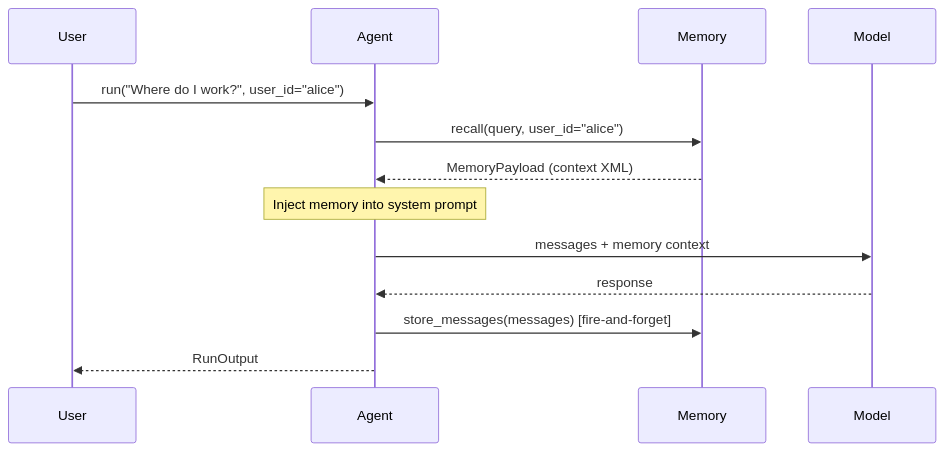
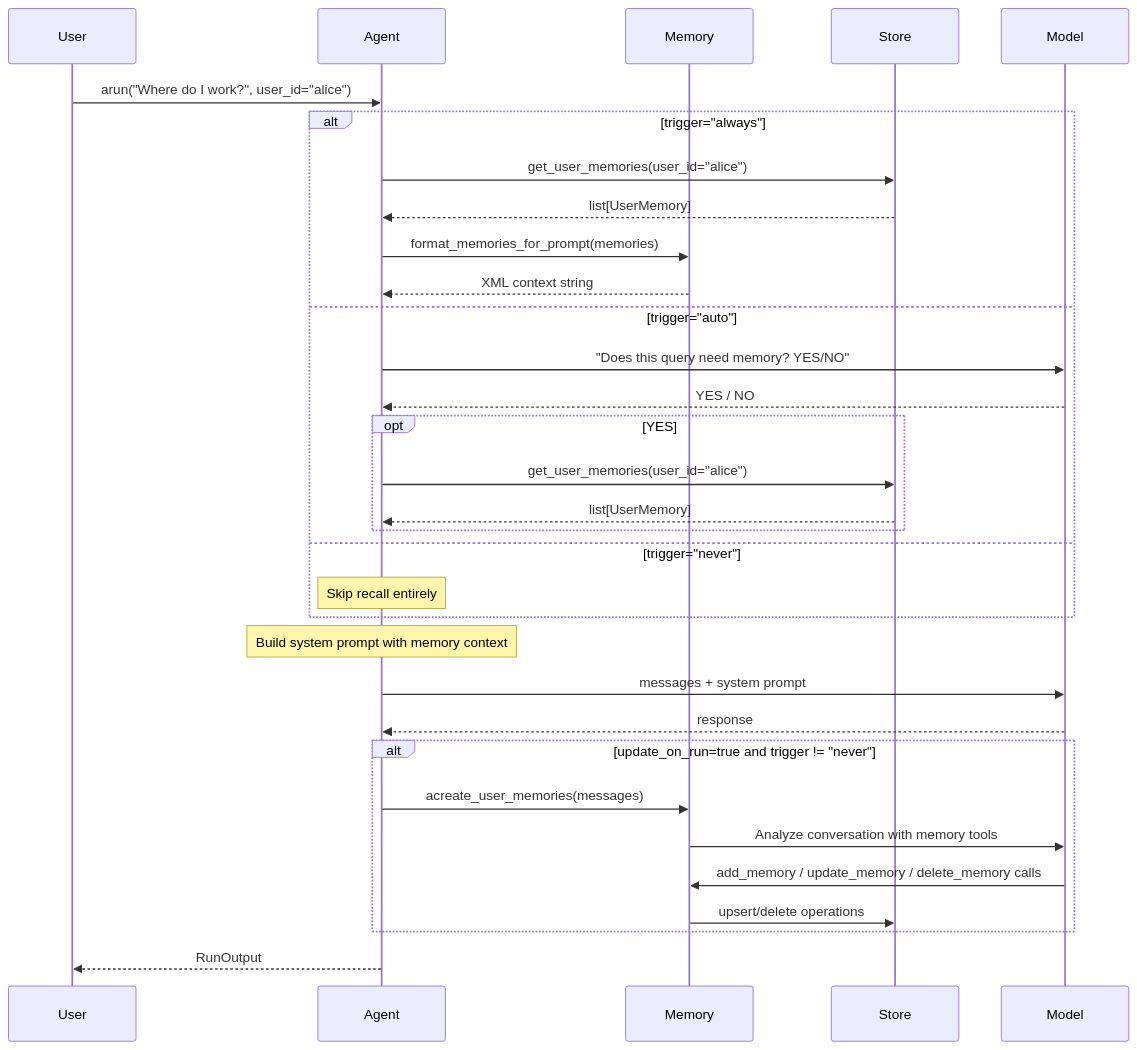
The diagram in definable/docs/memory/agent-integration.mdx (definableai/definable.ai), drawn with Mermaid before and after one commit. The commit also changed other lines of this file and 153 other files, not shown here.

````diff
--- a/definable/docs/memory/agent-integration.mdx
+++ b/definable/docs/memory/agent-integration.mdx
@@ -31,16 +42,39 @@
 ```mermaid
 sequenceDiagram
   participant User
   participant Agent
   participant Memory
+  participant Store
   participant Model
 
-  User->>Agent: run("Where do I work?", user_id="alice")
-  Agent->>Memory: recall(query, user_id="alice")
-  Memory-->>Agent: MemoryPayload (context XML)
-  Note over Agent: Inject memory into system prompt
-  Agent->>Model: messages + memory context
+  User->>Agent: arun("Where do I work?", user_id="alice")
+
+  alt trigger="always"
+    Agent->>Store: get_user_memories(user_id="alice")
+    Store-->>Agent: list[UserMemory]
+    Agent->>Memory: format_memories_for_prompt(memories)
+    Memory-->>Agent: XML context string
+  else trigger="auto"
+    Agent->>Model: "Does this query need memory? YES/NO"
+    Model-->>Agent: YES / NO
+    opt YES
+      Agent->>Store: get_user_memories(user_id="alice")
+      Store-->>Agent: list[UserMemory]
+    end
+  else trigger="never"
+    Note over Agent: Skip recall entirely
+  end
+
+  Note over Agent: Build system prompt with memory context
+  Agent->>Model: messages + system prompt
   Model-->>Agent: response
-  Agent->>Memory: store_messages(messages) [fire-and-forget]
+
+  alt update_on_run=true and trigger != "never"
+    Agent->>Memory: acreate_user_memories(messages)
+    Memory->>Model: Analyze conversation with memory tools
+    Model->>Memory: add_memory / update_memory / delete_memory calls
+    Memory->>Store: upsert/delete operations
+  end
+
   Agent-->>User: RunOutput
 ```
````
